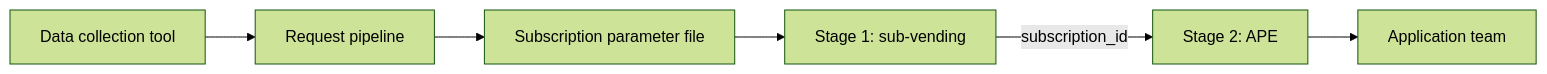
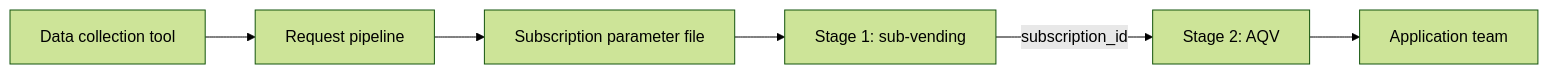
The first of 3 diagrams in docs/GUIDE.md (chrislittle/azure-placement-engine), drawn with Mermaid (forest theme) before and after one commit. The commit also changed other lines of this file and 44 other files, not shown here.

````diff
--- a/docs/GUIDE.md
+++ b/docs/GUIDE.md
@@ -37,8 +37,8 @@
 ```mermaid
 flowchart LR
     A[Data collection tool] --> B[Request pipeline]
     B --> C[Subscription parameter file]
     C --> D[Stage 1: sub-vending]
-    D -- subscription_id --> E[Stage 2: APE]
+    D -- subscription_id --> E[Stage 2: AQV]
     E --> F[Application team]
 ```
````
